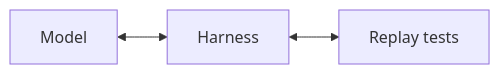
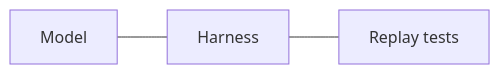
One commit to speedscale/mock-lab changed the third of 4 diagrams in AI-CONTEXT.md. Above: the diagram before and after it, drawn with Mermaid. The commit also changed other lines of this file, not shown here.

Commit message:
docs: use simple connectors for Mermaid compatibility

````diff
--- a/AI-CONTEXT.md
+++ b/AI-CONTEXT.md
@@ -39,5 +39,5 @@
 ```mermaid
 flowchart LR
-    M["Model"] <--> H["Harness"]
-    H <--> R["Replay tests"]
+    M["Model"] --- H["Harness"]
+    H --- R["Replay tests"]
 ```
````
